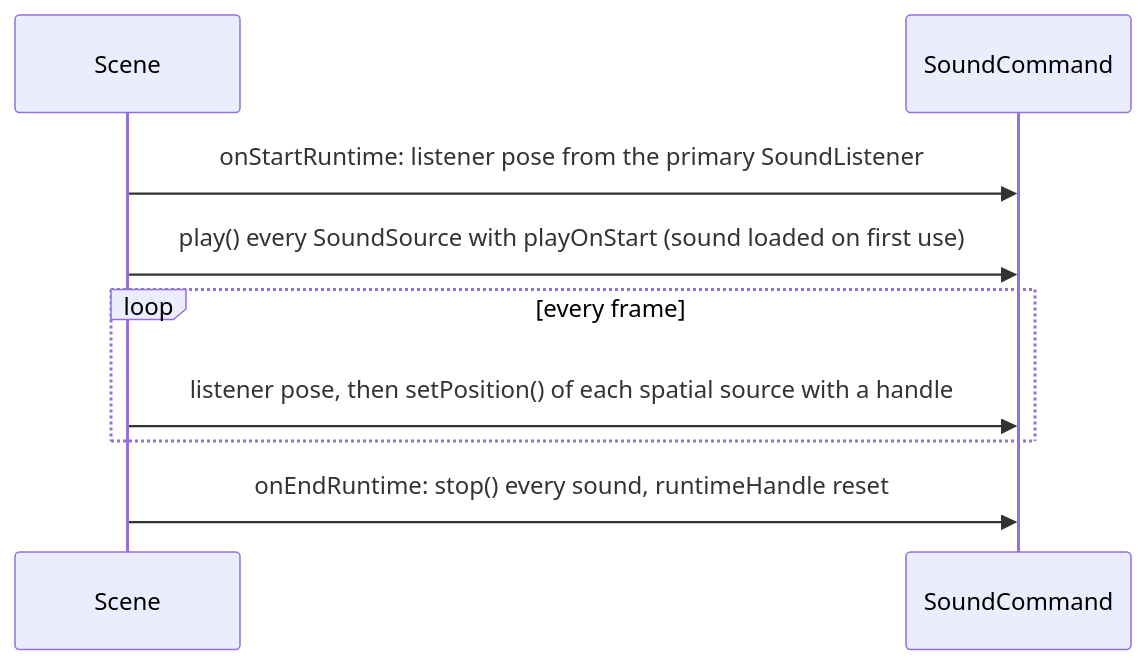
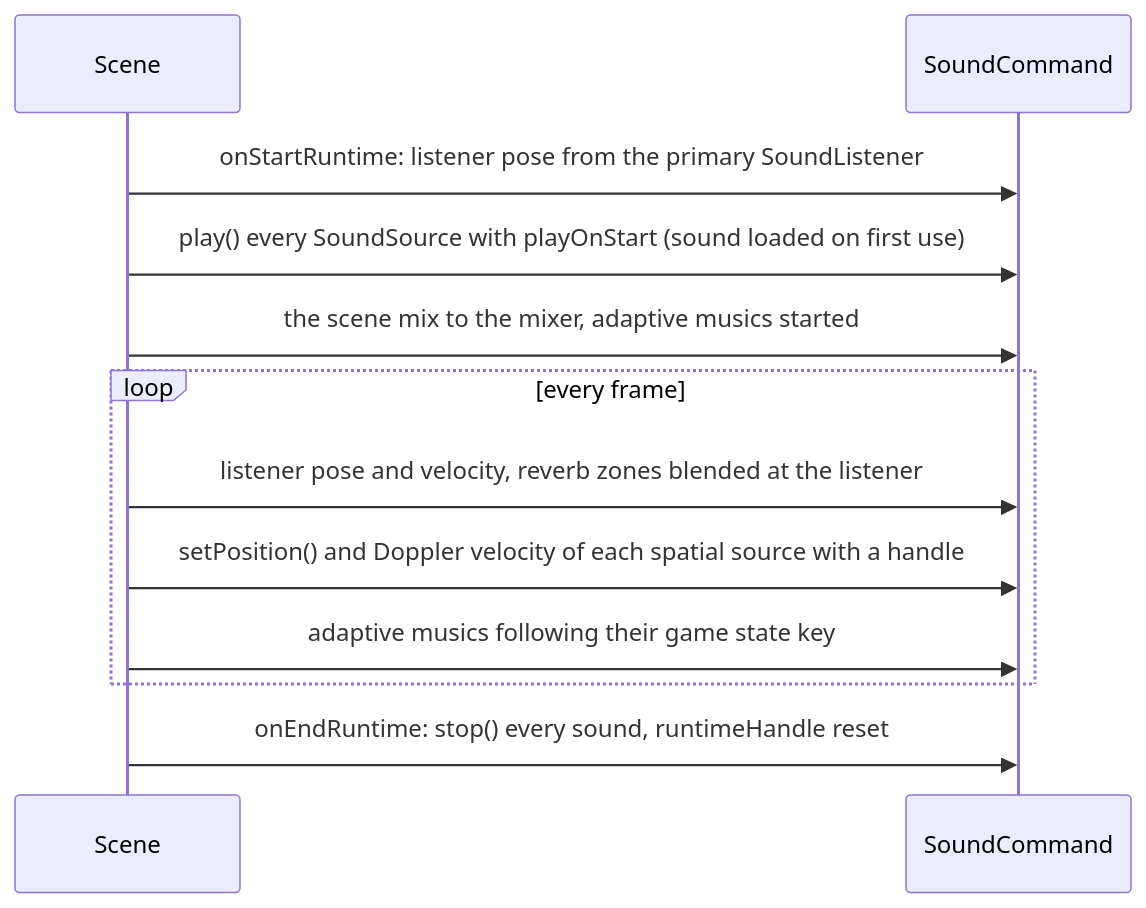
Before and after one commit to Silmaen/Owl: the second of 2 diagrams in doc/pages/sound.md, drawn with Mermaid. The commit also changed other lines of this file and 109 other files, not shown here.

````diff
--- a/doc/pages/sound.md
+++ b/doc/pages/sound.md
@@ -156,11 +237,14 @@
 ```mermaid
 sequenceDiagram
     participant S as Scene
     participant C as SoundCommand
     S->>C: onStartRuntime: listener pose from the primary SoundListener
     S->>C: play() every SoundSource with playOnStart (sound loaded on first use)
+    S->>C: the scene mix to the mixer, adaptive musics started
     loop every frame
-        S->>C: listener pose, then setPosition() of each spatial source with a handle
+        S->>C: listener pose and velocity, reverb zones blended at the listener
+        S->>C: setPosition() and Doppler velocity of each spatial source with a handle
+        S->>C: adaptive musics following their game state key
     end
     S->>C: onEndRuntime: stop() every sound, runtimeHandle reset
 ```
````
